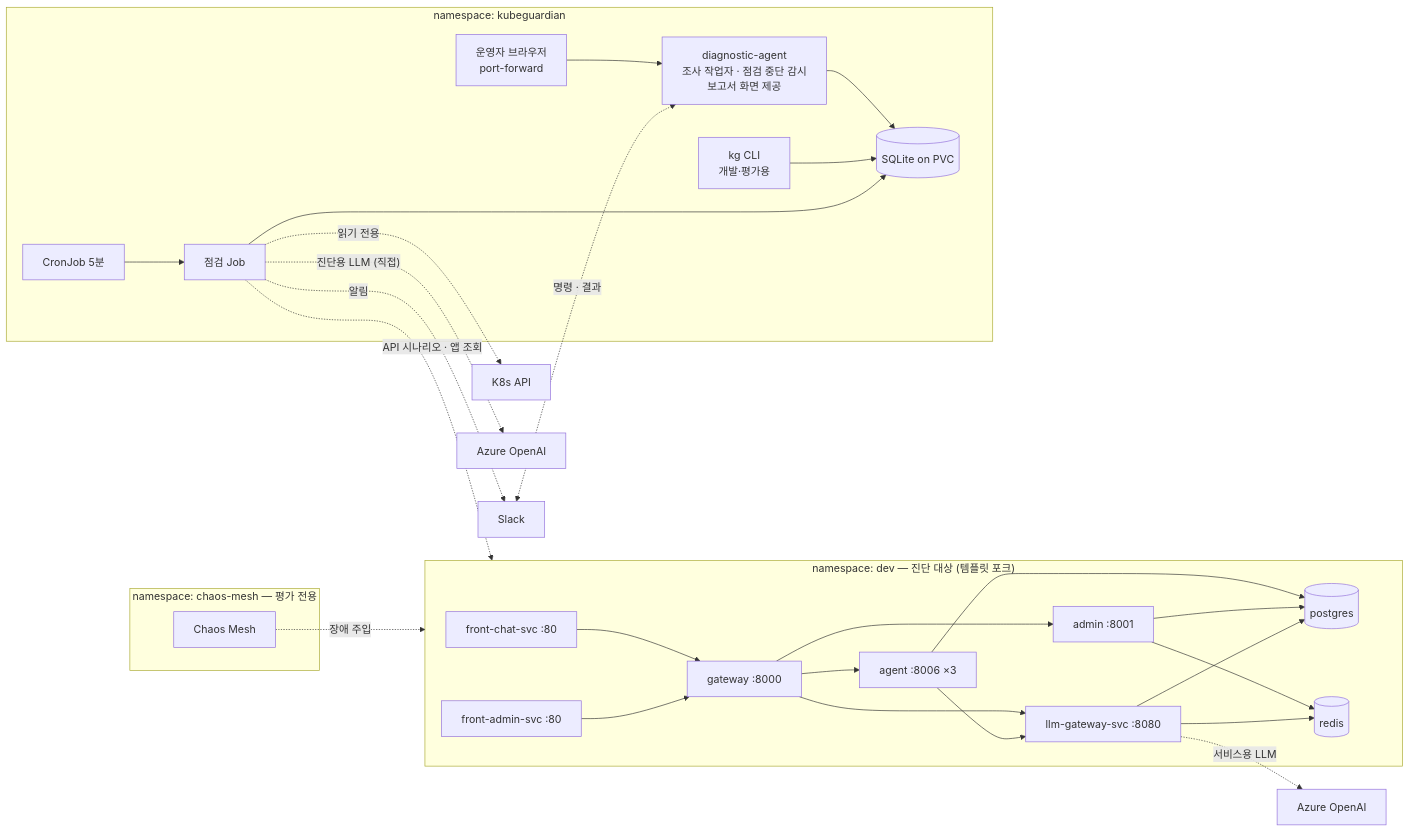
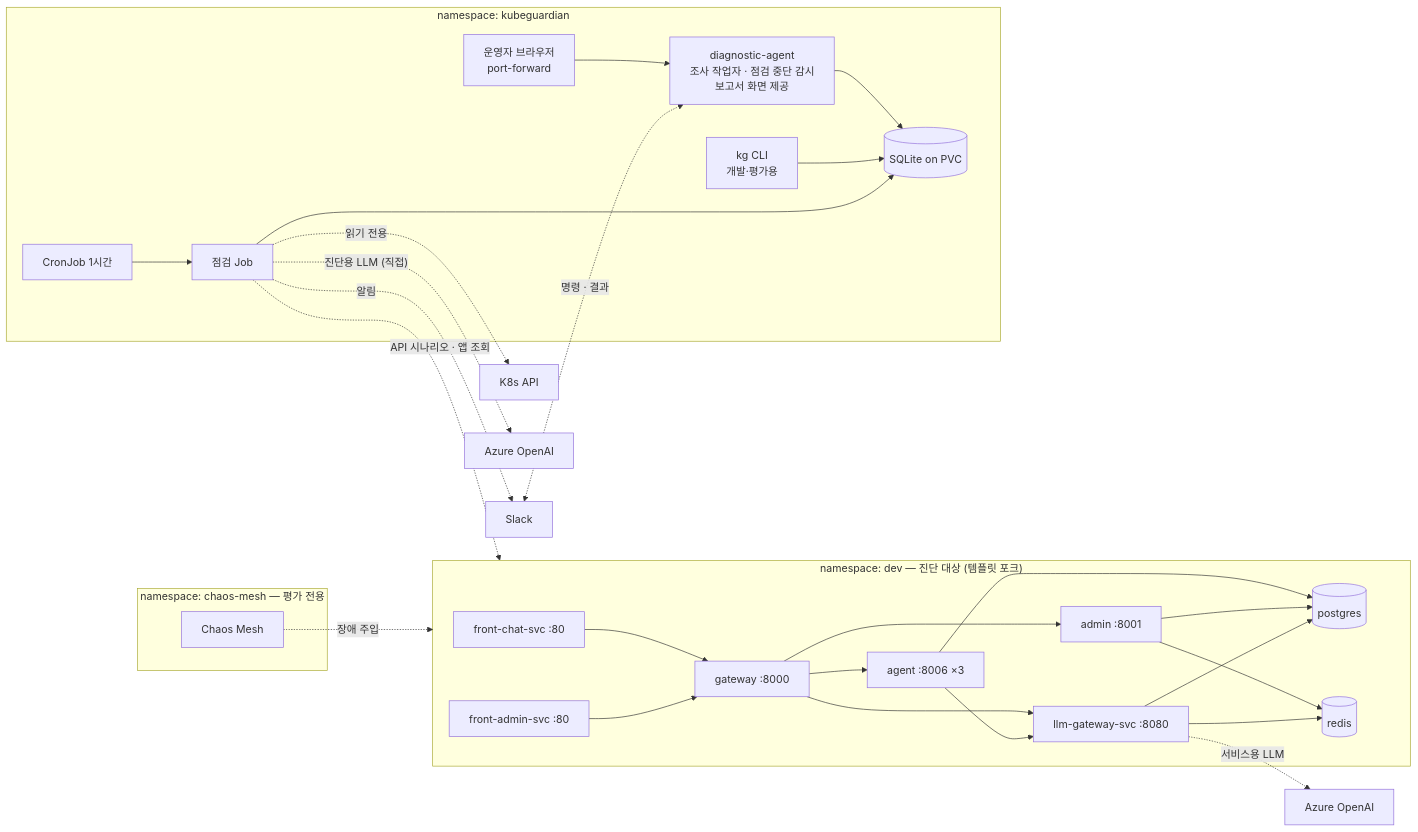
The second of 3 diagrams in docs/01-project-proposal.md (skax-jihyeryu/KubeGuardian), drawn with Mermaid before and after one commit. The commit also changed other lines of this file and 3 other files, not shown here.

````diff
--- a/docs/01-project-proposal.md
+++ b/docs/01-project-proposal.md
@@ -170,33 +170,33 @@
 ```mermaid
 flowchart LR
     subgraph ns_dev["namespace: dev — 진단 대상 (템플릿 포크)"]
         FC[front-chat-svc :80] --> GW[gateway :8000]
         FA[front-admin-svc :80] --> GW
         GW --> AG[agent :8006 ×3]
         GW --> AD[admin :8001]
         GW --> LG[llm-gateway-svc :8080]
         AG --> LG
         AG --> PG[(postgres)]
         AD --> PG
         AD --> RD[(redis)]
         LG --> PG
         LG --> RD
     end
     LG -. 서비스용 LLM .-> AOAI1[Azure OpenAI]
     subgraph ns_kg[namespace: kubeguardian]
-        CJ[CronJob 5분] --> JOB[점검 Job]
+        CJ[CronJob 1시간] --> JOB[점검 Job]
         DA[diagnostic-agent<br/>조사 작업자 · 점검 중단 감시<br/>보고서 화면 제공] --> ST
         CLI[kg CLI<br/>개발·평가용] --> ST
         OP[운영자 브라우저<br/>port-forward] --> DA
         JOB --> ST[(SQLite on PVC)]
     end
     JOB -. 읽기 전용 .-> K8S[K8s API]
     JOB -. API 시나리오 · 앱 조회 .-> ns_dev
     JOB -. 진단용 LLM (직접) .-> AOAI2[Azure OpenAI]
     JOB -. 알림 .-> SLACK[Slack]
     SLACK <-. 명령 · 결과 .-> DA
     subgraph ns_chaos[namespace: chaos-mesh — 평가 전용]
         CM[Chaos Mesh]
     end
     CM -. 장애 주입 .-> ns_dev
 ```
````
